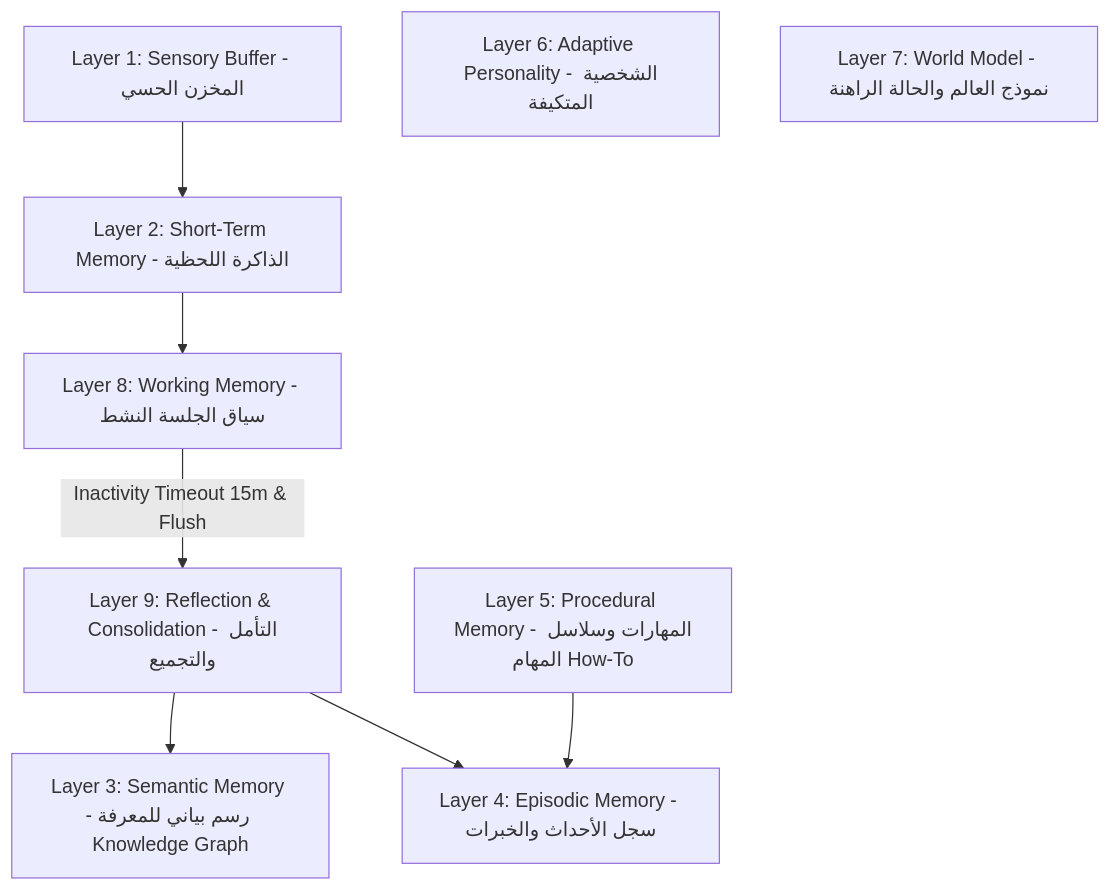
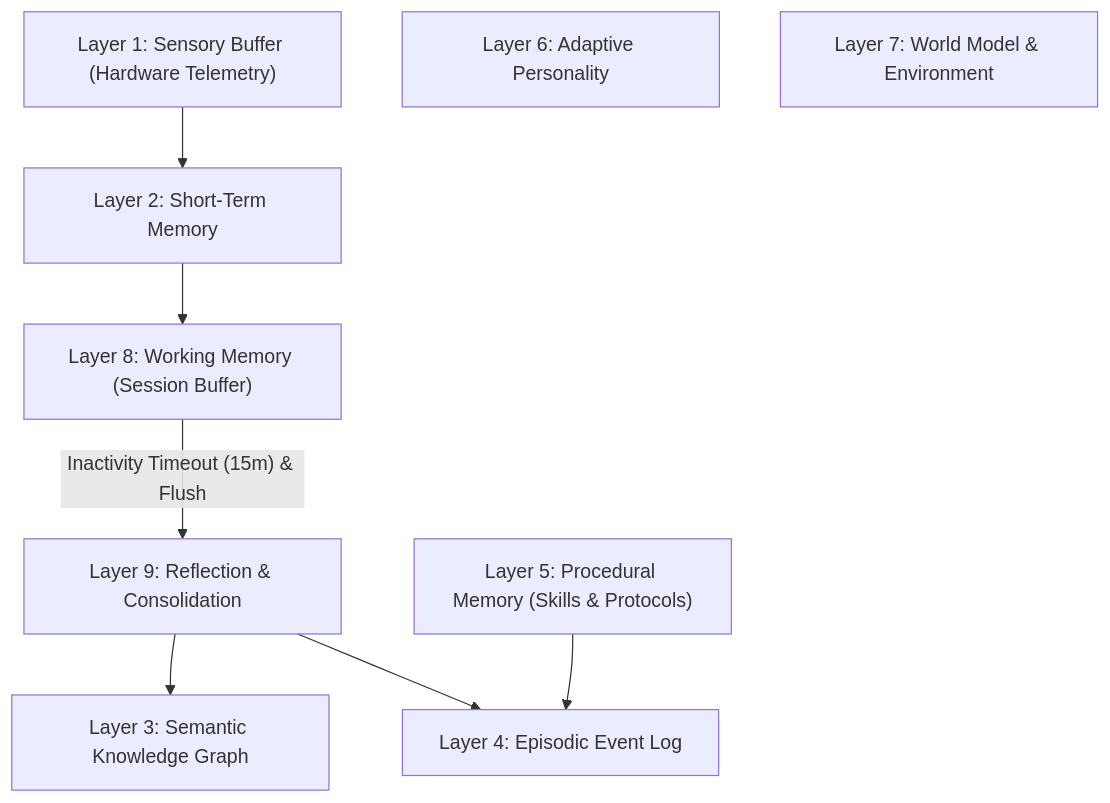
The diagram in README.md (Yahia-Elhamzawy/EyraOS), drawn with Mermaid before and after one commit. The commit also changed other lines of this file and 1 other file, not shown here.

````diff
--- a/README.md
+++ b/README.md
@@ -36,11 +52,11 @@
 ```mermaid
 graph TD
-    L1[Layer 1: Sensory Buffer - المخزن الحسي] --> L2[Layer 2: Short-Term Memory - الذاكرة اللحظية]
-    L2 --> L8[Layer 8: Working Memory - سياق الجلسة النشط]
-    L8 -->|Inactivity Timeout 15m & Flush| L9[Layer 9: Reflection & Consolidation - التأمل والتجميع]
-    L9 --> L3[Layer 3: Semantic Memory - رسم بياني للمعرفة Knowledge Graph]
-    L9 --> L4[Layer 4: Episodic Memory - سجل الأحداث والخبرات]
-    L5[Layer 5: Procedural Memory - المهارات وسلاسل المهام How-To] --> L4
-    L6[Layer 6: Adaptive Personality - الشخصية المتكيفة]
-    L7[Layer 7: World Model - نموذج العالم والحالة الراهنة]
+    L1["Layer 1: Sensory Buffer (Hardware Telemetry)"] --> L2["Layer 2: Short-Term Memory"]
+    L2 --> L8["Layer 8: Working Memory (Session Buffer)"]
+    L8 -->|"Inactivity Timeout (15m) & Flush"| L9["Layer 9: Reflection & Consolidation"]
+    L9 --> L3["Layer 3: Semantic Knowledge Graph"]
+    L9 --> L4["Layer 4: Episodic Event Log"]
+    L5["Layer 5: Procedural Memory (Skills & Protocols)"] --> L4
+    L6["Layer 6: Adaptive Personality"]
+    L7["Layer 7: World Model & Environment"]
 ```
````
